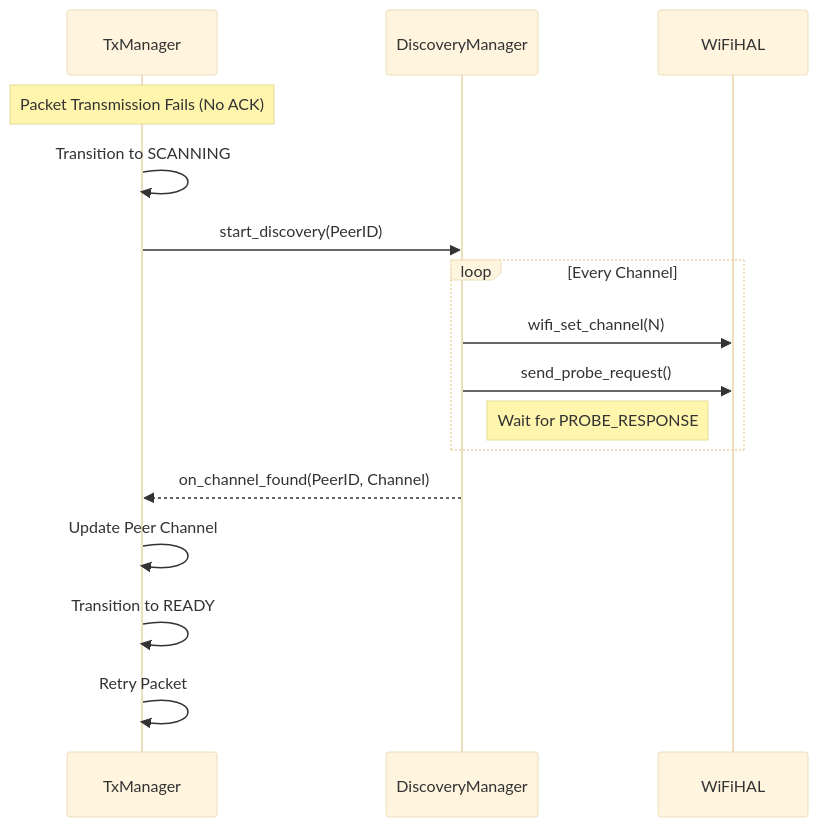
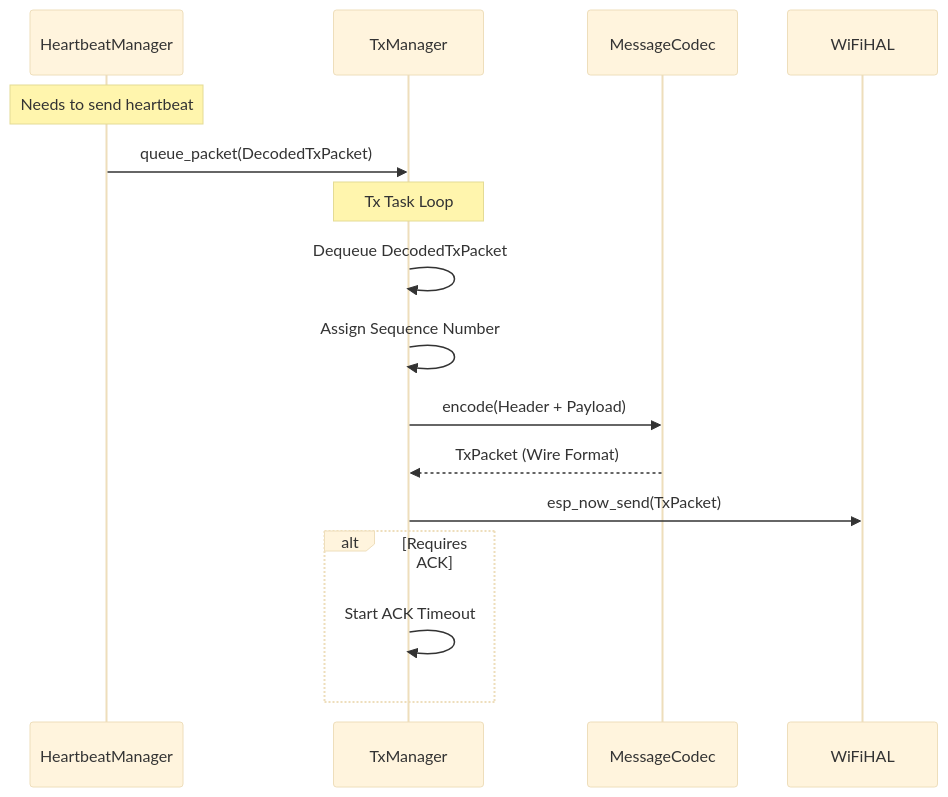
Before and after one commit to aluiziotomazelli/espnow_manager: the third of 3 diagrams in DESIGN.md, drawn with Mermaid (base theme). The commit also changed other lines of this file, not shown here.

Commit message:
docs: update DESIGN.md with unified RX and centralized TX architecture

````diff
--- a/DESIGN.md
+++ b/DESIGN.md
@@ -86,21 +117,21 @@
 ```mermaid
 sequenceDiagram
+    participant HM as HeartbeatManager
     participant TM as TxManager
-    participant DM as DiscoveryManager
+    participant CD as MessageCodec
     participant HAL as WiFiHAL
 
-    Note over TM: Packet Transmission Fails (No ACK)
-    TM->>TM: Transition to SCANNING
-    TM->>DM: start_discovery(PeerID)
+    Note over HM: Needs to send heartbeat
+    HM->>TM: queue_packet(DecodedTxPacket)
     
-    loop Every Channel
-        DM->>HAL: wifi_set_channel(N)
-        DM->>HAL: send_probe_request()
-        Note right of DM: Wait for PROBE_RESPONSE
+    Note over TM: Tx Task Loop
+    TM->>TM: Dequeue DecodedTxPacket
+    TM->>TM: Assign Sequence Number
+    TM->>CD: encode(Header + Payload)
+    CD-->>TM: TxPacket (Wire Format)
+    TM->>HAL: esp_now_send(TxPacket)
+    
+    alt Requires ACK
+        TM->>TM: Start ACK Timeout
     end
-
-    DM-->>TM: on_channel_found(PeerID, Channel)
-    TM->>TM: Update Peer Channel
-    TM->>TM: Transition to READY
-    TM->>TM: Retry Packet
 ```
````
